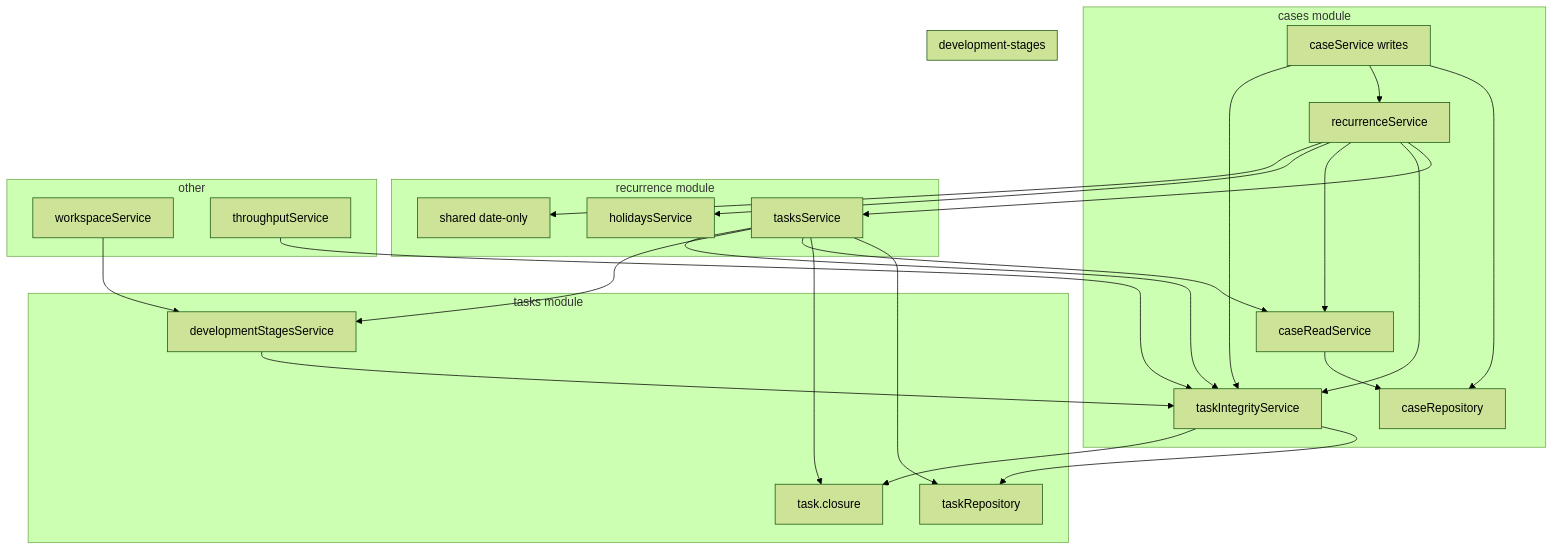
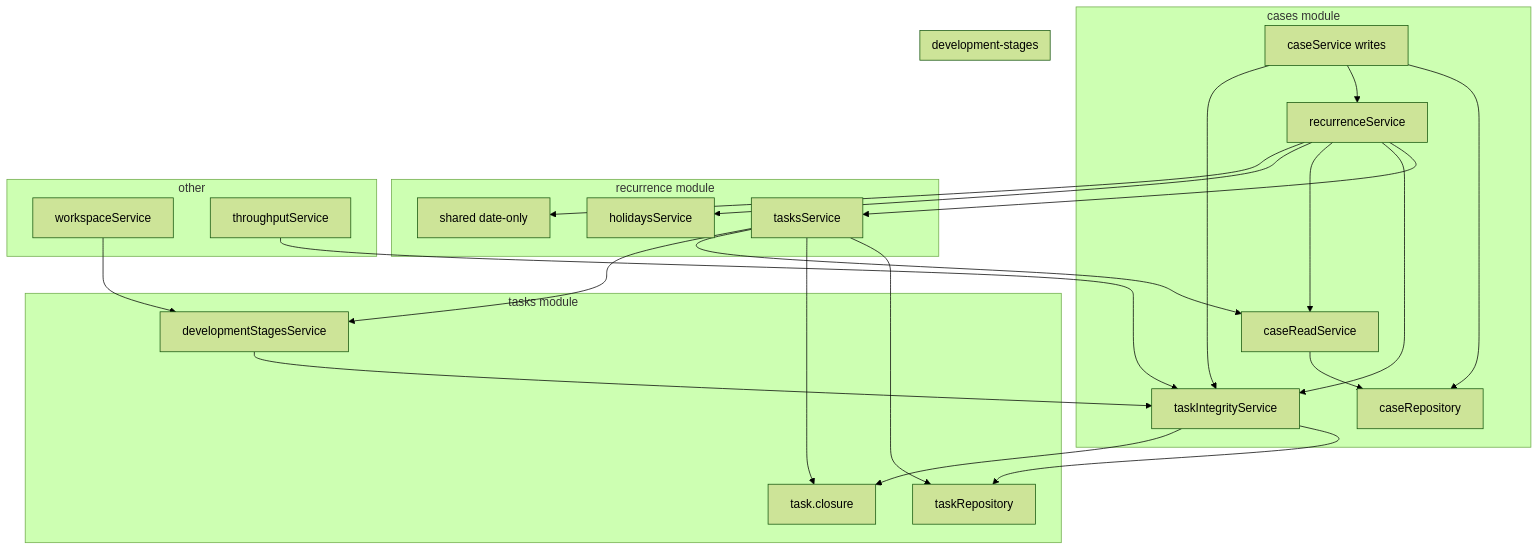
Before and after one commit to karasaki-wasabi/project-task-management: the first of 4 diagrams in .kiro/specs/module-boundary-cleanup/design.md, drawn with Mermaid (forest theme). The commit also changed other lines of this file and 4 other files, not shown here.

````diff
--- a/.kiro/specs/module-boundary-cleanup/design.md
+++ b/.kiro/specs/module-boundary-cleanup/design.md
@@ -67,45 +67,44 @@
 ```mermaid
 flowchart TB
   subgraph CasesMod[cases module]
     CaseSvc[caseService writes]
     CaseRead[caseReadService]
     CaseRepo[caseRepository]
     CaseSvc --> CaseRepo
     CaseRead --> CaseRepo
     CaseSvc --> RecSvc
     CaseSvc --> TaskIntegrity
   end
   subgraph RecMod[recurrence module]
     RecSvc[recurrenceService]
     RecSvc --> TaskSvc
     RecSvc --> TaskIntegrity
     RecSvc --> CaseRead
     RecSvc --> HolSvc
     RecSvc --> DateOnly
   end
   subgraph TasksMod[tasks module]
     TaskSvc[tasksService]
     TaskIntegrity[taskIntegrityService]
     TaskRepo[taskRepository]
     TaskClosure[task.closure]
     TaskSvc --> TaskRepo
     TaskSvc --> TaskClosure
     TaskSvc --> CaseRead
     TaskSvc --> StageSvc
-    TaskSvc --> TaskIntegrity
     TaskIntegrity --> TaskRepo
     TaskIntegrity --> TaskClosure
   end
   subgraph StagesMod[development-stages]
     StageSvc[developmentStagesService]
     StageSvc --> TaskIntegrity
   end
   subgraph Other[other]
     WsSvc[workspaceService]
     ThruSvc[throughputService]
     HolSvc[holidaysService]
     DateOnly[shared date-only]
     WsSvc --> StageSvc
     ThruSvc --> TaskIntegrity
   end
 ```
````
